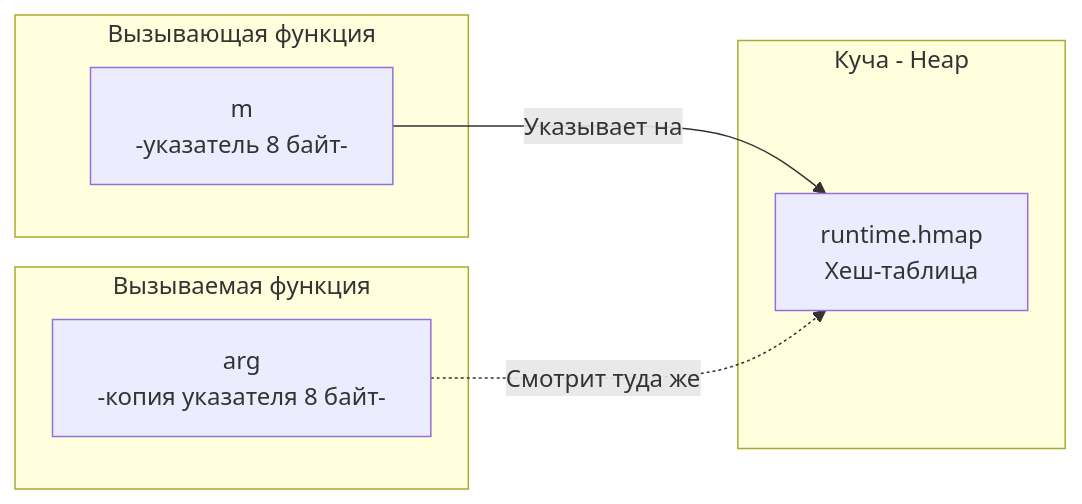
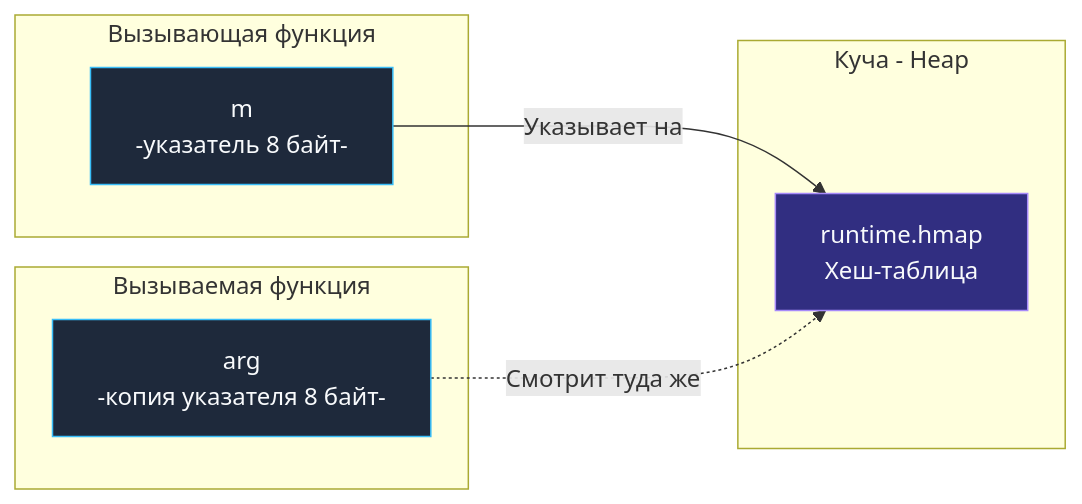
One commit to UnrealTemplier/go-textbook changed the diagram in sources/5. Учебник по Go (Основы и синтаксис)/18. Map. Хеш-таблица в Go.md. Above: the diagram before and after it, drawn with Mermaid. The commit also changed 1666 other files, not shown here.

First line of the commit message:
feat(mermaid): add semantic color classDef to 1369 colorless flowchart/graph diagrams

````diff
--- a/sources/5. Учебник по Go (Основы и синтаксис)/18. Map. Хеш-таблица в Go.md
+++ b/sources/5. Учебник по Go (Основы и синтаксис)/18. Map. Хеш-таблица в Go.md
@@ -123,15 +123,25 @@
 ```mermaid
 flowchart LR
+    classDef process  fill:#1e293b,stroke:#38bdf8,stroke-width:1px,color:#f8fafc
+    classDef success  fill:#064e3b,stroke:#34d399,stroke-width:1px,color:#f8fafc
+    classDef error    fill:#7f1d1d,stroke:#f87171,stroke-width:1px,color:#f8fafc
+    classDef warning  fill:#78350f,stroke:#fbbf24,stroke-width:1px,color:#f8fafc
+    classDef entry    fill:#1e3a5f,stroke:#38bdf8,stroke-width:2px,color:#f8fafc
+    classDef aux      fill:#334155,stroke:#64748b,stroke-width:1px,color:#f8fafc
+    classDef system   fill:#312e81,stroke:#a78bfa,stroke-width:1px,color:#f8fafc
+    classDef data     fill:#132d29,stroke:#2dd4bf,stroke-width:1px,color:#f8fafc
+    classDef network  fill:#881337,stroke:#fb7185,stroke-width:1px,color:#f8fafc
+    classDef accent   fill:#1e1b4b,stroke:#818cf8,stroke-width:1px,color:#f8fafc
     subgraph Caller["Вызывающая функция"]
-        M1["m<br>-указатель 8 байт-"]
+        M1["m<br>-указатель 8 байт-"]:::process
     end
     subgraph Func["Вызываемая функция"]
-        M2["arg<br>-копия указателя 8 байт-"]
+        M2["arg<br>-копия указателя 8 байт-"]:::process
     end
     subgraph Heap["Куча - Heap"]
-        HMAP["runtime.hmap<br>Хеш-таблица"]
+        HMAP["runtime.hmap<br>Хеш-таблица"]:::system
     end
     
     M1 -->|"Указывает на"| HMAP
     M2 -.->|"Смотрит туда же"| HMAP
 ```
````
